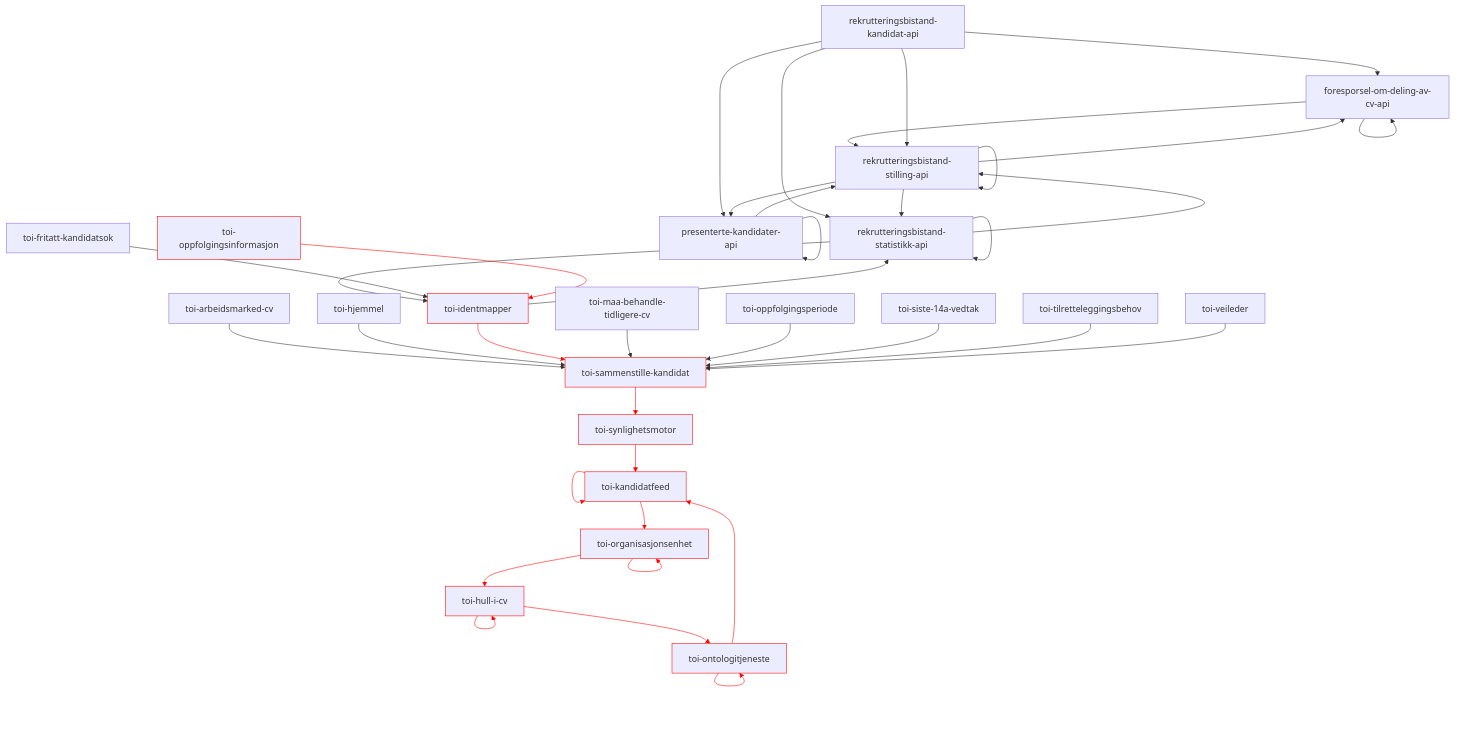
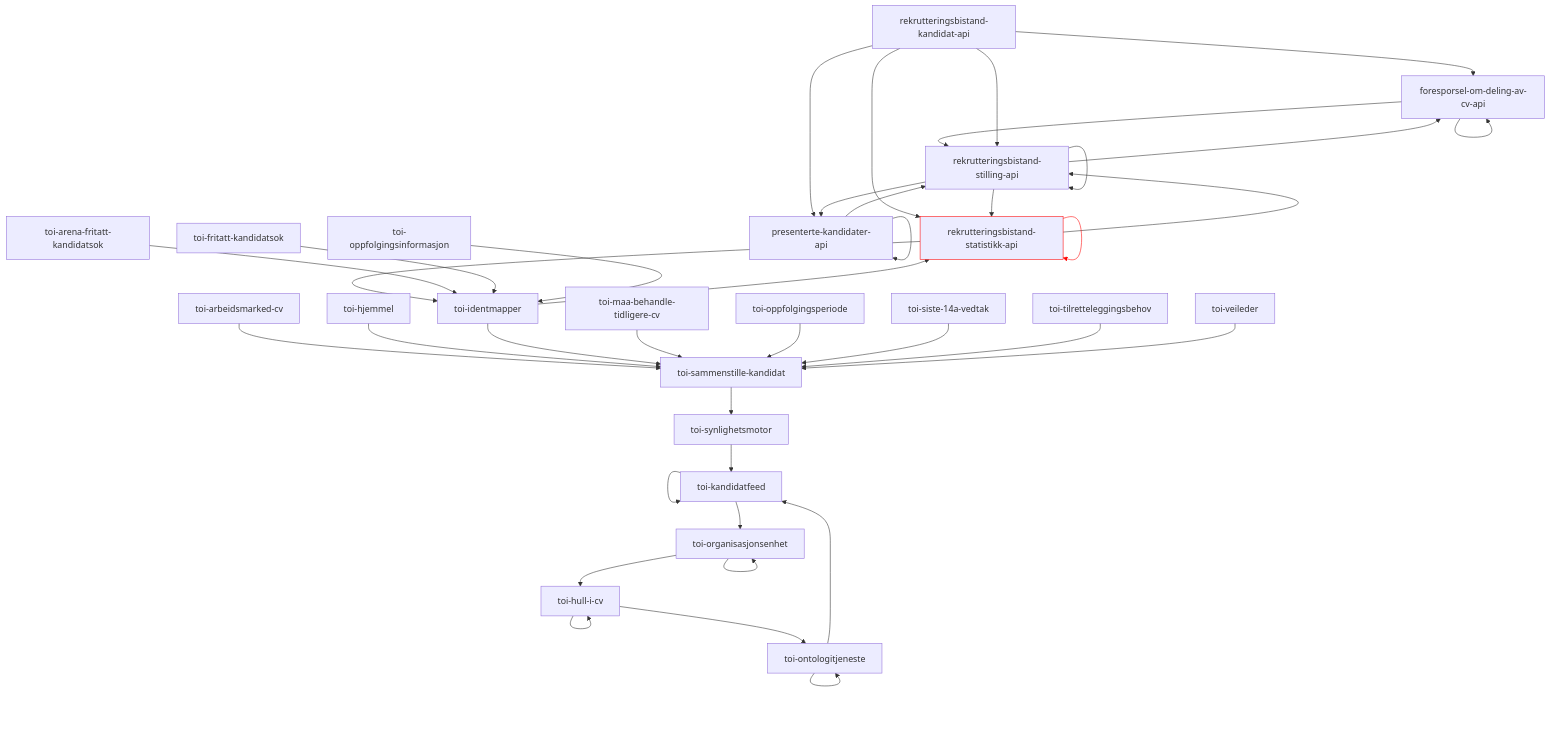
One commit to navikt/toi-rapids-and-rivers-grapher changed the second of 24 diagrams in README.md. Above: the diagram before and after it, drawn with Mermaid. The commit also changed other lines of this file, not shown here.

````diff
--- a/README.md
+++ b/README.md
@@ -46,42 +47,43 @@
 ```mermaid
 graph TD;
 foresporsel-om-deling-av-cv-api --> foresporsel-om-deling-av-cv-api;
 foresporsel-om-deling-av-cv-api --> rekrutteringsbistand-stilling-api;
 presenterte-kandidater-api --> presenterte-kandidater-api;
 presenterte-kandidater-api --> rekrutteringsbistand-stilling-api;
 rekrutteringsbistand-kandidat-api --> foresporsel-om-deling-av-cv-api;
 rekrutteringsbistand-kandidat-api --> presenterte-kandidater-api;
 rekrutteringsbistand-kandidat-api --> rekrutteringsbistand-statistikk-api;
 rekrutteringsbistand-kandidat-api --> rekrutteringsbistand-stilling-api;
-rekrutteringsbistand-statistikk-api --> rekrutteringsbistand-statistikk-api;
+rekrutteringsbistand-statistikk-api:::x --> rekrutteringsbistand-statistikk-api:::x;
 rekrutteringsbistand-statistikk-api --> rekrutteringsbistand-stilling-api;
 rekrutteringsbistand-statistikk-api --> toi-identmapper;
 rekrutteringsbistand-stilling-api --> foresporsel-om-deling-av-cv-api;
 rekrutteringsbistand-stilling-api --> presenterte-kandidater-api;
 rekrutteringsbistand-stilling-api --> rekrutteringsbistand-statistikk-api;
 rekrutteringsbistand-stilling-api --> rekrutteringsbistand-stilling-api;
 toi-arbeidsmarked-cv --> toi-sammenstille-kandidat;
+toi-arena-fritatt-kandidatsok --> toi-identmapper;
 toi-fritatt-kandidatsok --> toi-identmapper;
 toi-hjemmel --> toi-sammenstille-kandidat;
-toi-hull-i-cv:::x --> toi-hull-i-cv:::x;
-toi-hull-i-cv:::x --> toi-ontologitjeneste:::x;
+toi-hull-i-cv --> toi-hull-i-cv;
+toi-hull-i-cv --> toi-ontologitjeneste;
 toi-identmapper --> rekrutteringsbistand-statistikk-api;
-toi-identmapper:::x --> toi-sammenstille-kandidat:::x;
-toi-kandidatfeed:::x --> toi-kandidatfeed:::x;
-toi-kandidatfeed:::x --> toi-organisasjonsenhet:::x;
+toi-identmapper --> toi-sammenstille-kandidat;
+toi-kandidatfeed --> toi-kandidatfeed;
+toi-kandidatfeed --> toi-organisasjonsenhet;
 toi-maa-behandle-tidligere-cv --> toi-sammenstille-kandidat;
-toi-ontologitjeneste:::x --> toi-kandidatfeed:::x;
-toi-ontologitjeneste:::x --> toi-ontologitjeneste:::x;
-toi-oppfolgingsinformasjon:::x --> toi-identmapper:::x;
+toi-ontologitjeneste --> toi-kandidatfeed;
+toi-ontologitjeneste --> toi-ontologitjeneste;
+toi-oppfolgingsinformasjon --> toi-identmapper;
 toi-oppfolgingsperiode --> toi-sammenstille-kandidat;
-toi-organisasjonsenhet:::x --> toi-hull-i-cv:::x;
-toi-organisasjonsenhet:::x --> toi-organisasjonsenhet:::x;
-toi-sammenstille-kandidat:::x --> toi-synlighetsmotor:::x;
+toi-organisasjonsenhet --> toi-hull-i-cv;
+toi-organisasjonsenhet --> toi-organisasjonsenhet;
+toi-sammenstille-kandidat --> toi-synlighetsmotor;
 toi-siste-14a-vedtak --> toi-sammenstille-kandidat;
-toi-synlighetsmotor:::x --> toi-kandidatfeed:::x;
+toi-synlighetsmotor --> toi-kandidatfeed;
 toi-tilretteleggingsbehov --> toi-sammenstille-kandidat;
 toi-veileder --> toi-sammenstille-kandidat;
 
-linkStyle 18,19,21,22,23,25,26,27,29,30,31,33 stroke:red;
+linkStyle 8 stroke:red;
 classDef x stroke: red;
 ```
````
